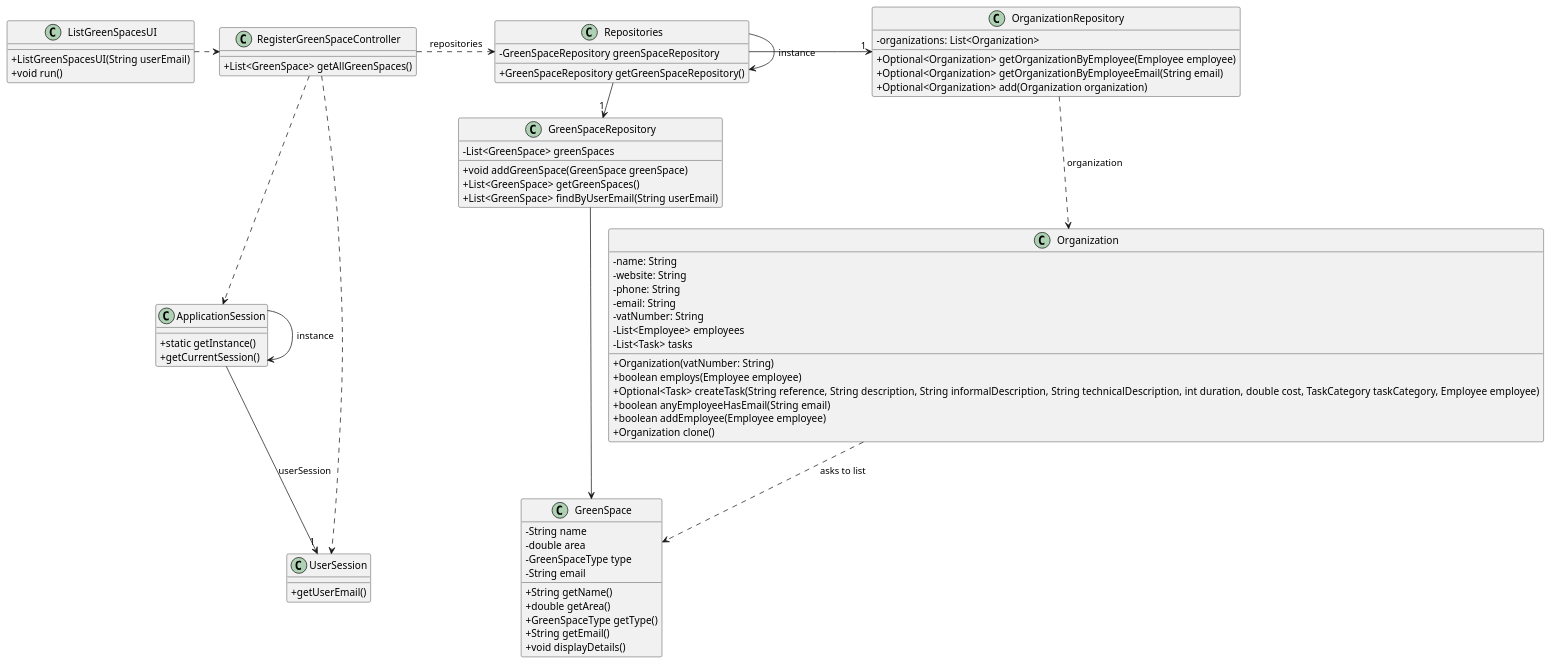
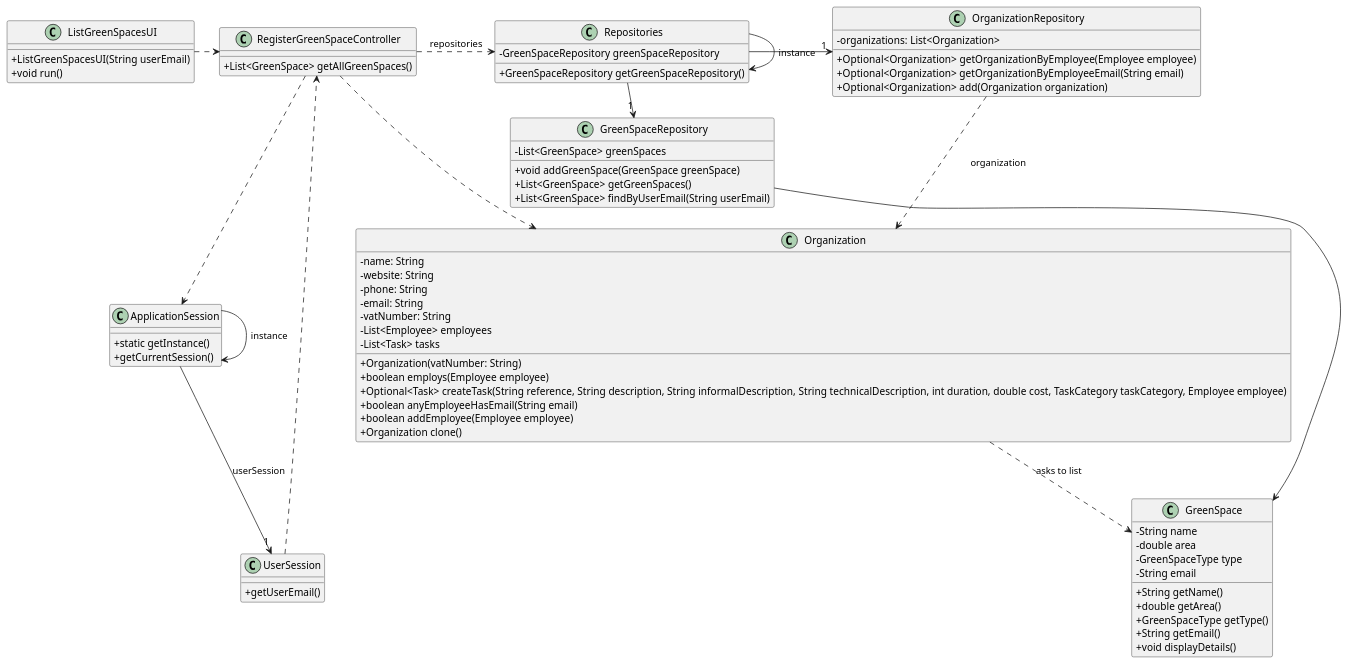
Before and after one commit to Departamento-de-Engenharia-Informatica/greenspace-management: the diagram in docs/sprintC/us027/03.design/puml/us027-class-diagram.puml, drawn with PlantUML.

Commit message:
US27 finished

```diff
--- a/docs/sprintC/us027/03.design/puml/us027-class-diagram.puml
+++ b/docs/sprintC/us027/03.design/puml/us027-class-diagram.puml
@@ -1,96 +1,97 @@
 @startuml
 
 'skinparam monochrome true
 skinparam packageStyle rectangle
 skinparam shadowing false
 skinparam linetype polyline
 skinparam linetype orto
 
 skinparam classAttributeIconSize 0
 
 
 class GreenSpace {
     - String name
     - double area
     - GreenSpaceType type
     - String email
 
     + String getName()
     + double getArea()
     + GreenSpaceType getType()
     + String getEmail()
     + void displayDetails()
 }
 class Organization {
     - name: String
     - website: String
     - phone: String
     - email: String
     - vatNumber: String
     - List<Employee> employees
     - List<Task> tasks
 
     + Organization(vatNumber: String)
     + boolean employs(Employee employee)
     + Optional<Task> createTask(String reference, String description, String informalDescription, String technicalDescription, int duration, double cost, TaskCategory taskCategory, Employee employee)
     + boolean anyEmployeeHasEmail(String email)
     + boolean addEmployee(Employee employee)
     + Organization clone()
 }
 class GreenSpaceRepository {
     - List<GreenSpace> greenSpaces
 
     + void addGreenSpace(GreenSpace greenSpace)
     + List<GreenSpace> getGreenSpaces()
     + List<GreenSpace> findByUserEmail(String userEmail)
 }
 class OrganizationRepository {
     - organizations: List<Organization>
 
     + Optional<Organization> getOrganizationByEmployee(Employee employee)
     + Optional<Organization> getOrganizationByEmployeeEmail(String email)
     + Optional<Organization> add(Organization organization)
 }
 
 class RegisterGreenSpaceController {
     + List<GreenSpace> getAllGreenSpaces()
 }
 
 class ListGreenSpacesUI {
     + ListGreenSpacesUI(String userEmail)
     + void run()
 }
 
 
 class Repositories {
     - GreenSpaceRepository greenSpaceRepository
 
     + GreenSpaceRepository getGreenSpaceRepository()
 }
 class ApplicationSession {
     + static getInstance()
     + getCurrentSession()
 }
 
 class UserSession {
     + getUserEmail()
 }
 Repositories -> Repositories : instance
 
 ListGreenSpacesUI .> RegisterGreenSpaceController
 ApplicationSession -> ApplicationSession : instance
 ApplicationSession --> "1" UserSession : userSession
 RegisterGreenSpaceController ..> ApplicationSession
-RegisterGreenSpaceController ..> UserSession
+UserSession ..> RegisterGreenSpaceController
 RegisterGreenSpaceController .> Repositories : repositories
 
 Repositories -> "1" GreenSpaceRepository
 Repositories -> "1" OrganizationRepository
 
 OrganizationRepository ..> Organization : organization
 Organization ..> GreenSpace : asks to list
+RegisterGreenSpaceController ..> Organization
 
 GreenSpaceRepository --> GreenSpace
 
 
 @enduml
```
